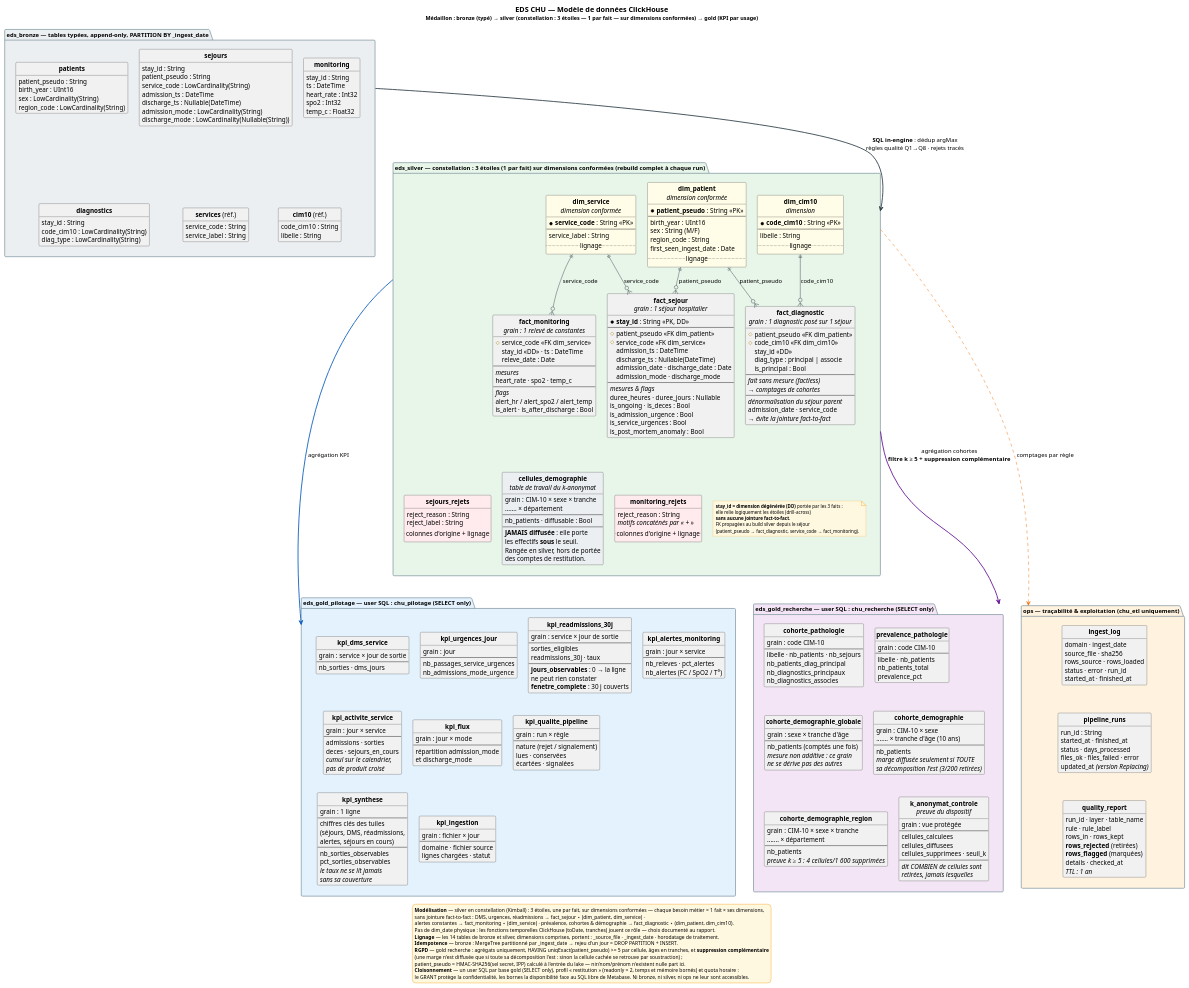
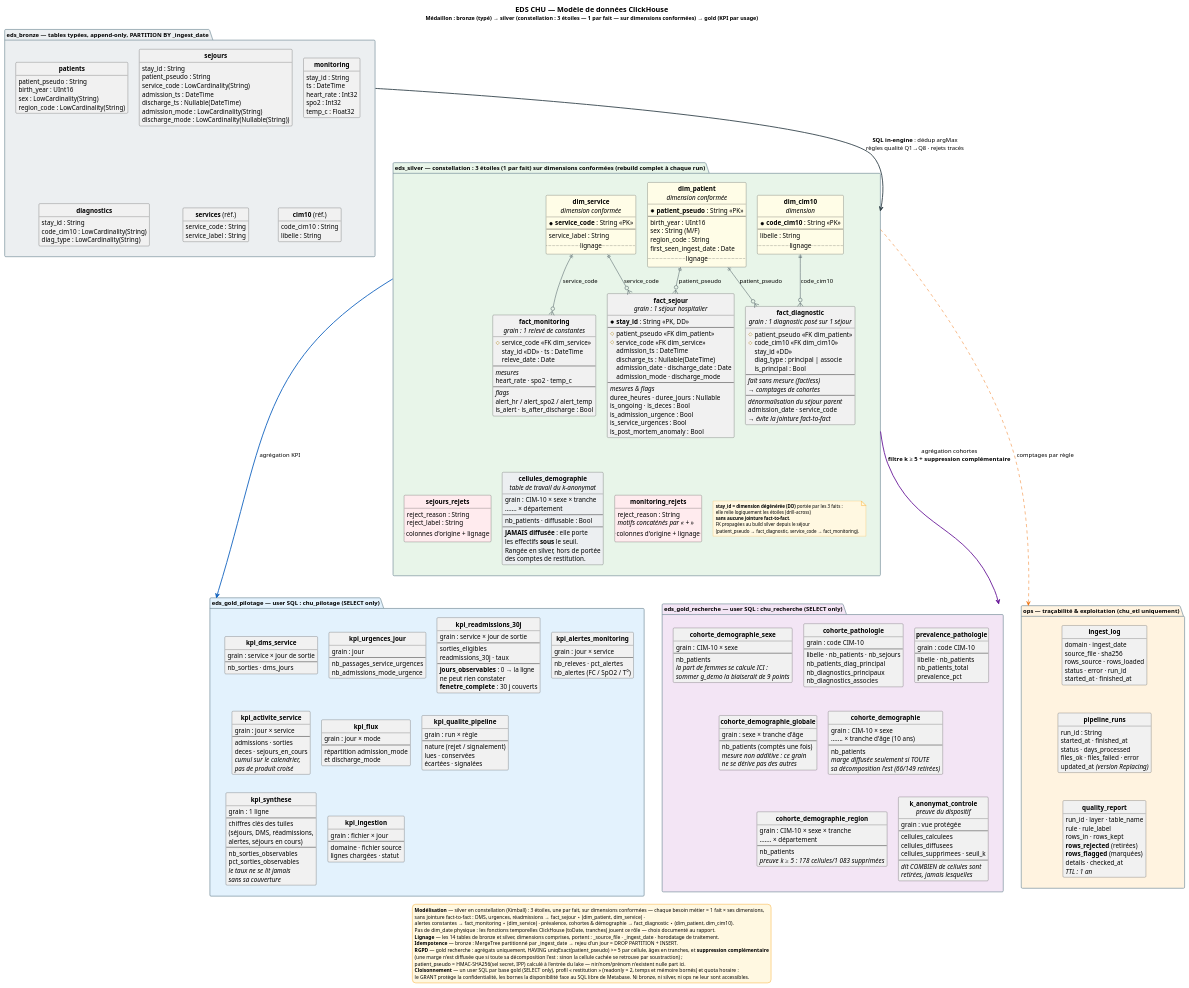
Before and after one commit to RaptorZ99/BigData: the diagram in docs/data-model.puml, drawn with PlantUML. The commit also changed 16 other files, not shown here.

```diff
--- a/docs/data-model.puml
+++ b/docs/data-model.puml
@@ -297,7 +297,15 @@
     --
     nb_patients
     <i>marge diffusée seulement si TOUTE</i>
-    {field} <i>sa décomposition l'est (3/200 retirées)</i>
+    {field} <i>sa décomposition l'est (66/149 retirées)</i>
+  }
+
+  entity "**cohorte_demographie_sexe**" as g_demo_sexe {
+    grain : CIM-10 × sexe
+    --
+    nb_patients
+    <i>la part de femmes se calcule ICI :</i>
+    {field} <i>sommer g_demo la biaiserait de 9 points</i>
   }
 
   entity "**cohorte_demographie_region**" as g_demo_reg {
@@ -305,7 +313,7 @@
     ....... × département
     --
     nb_patients
-    <i>preuve k ≥ 5 : 4 cellules/1 600 supprimées</i>
+    <i>preuve k ≥ 5 : 178 cellules/1 083 supprimées</i>
   }
 
   entity "**k_anonymat_controle**\n<i>preuve du dispositif</i>" as g_kanon {
```
